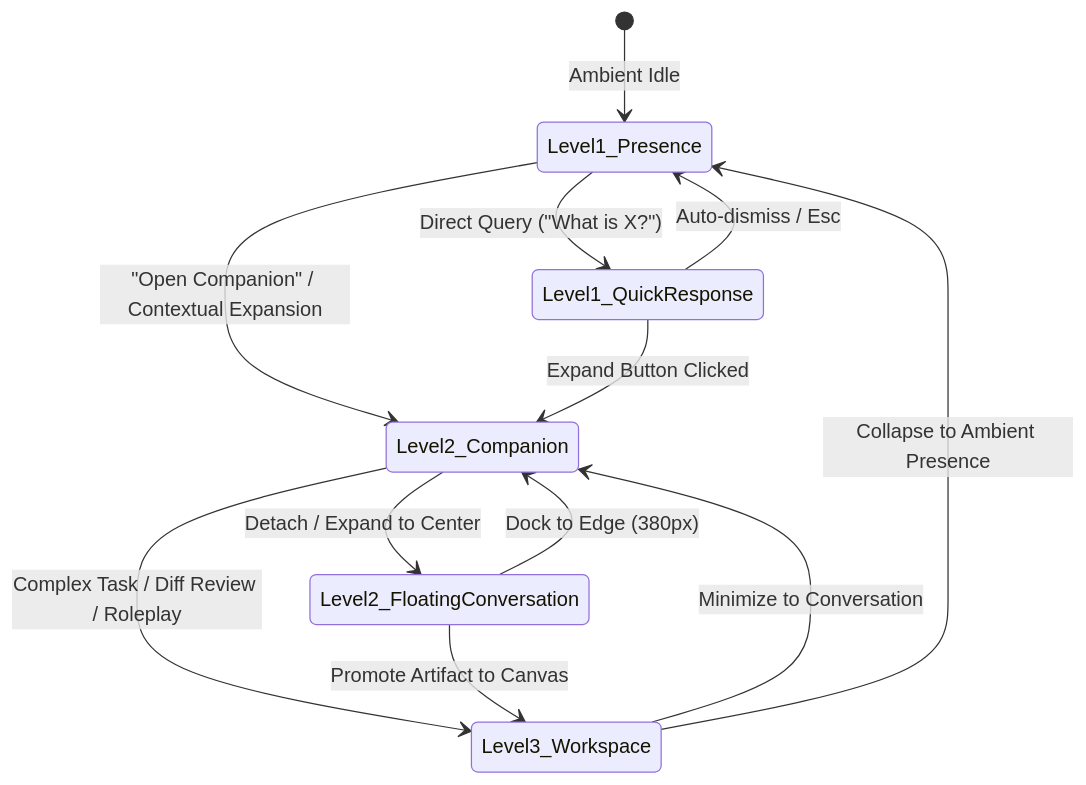
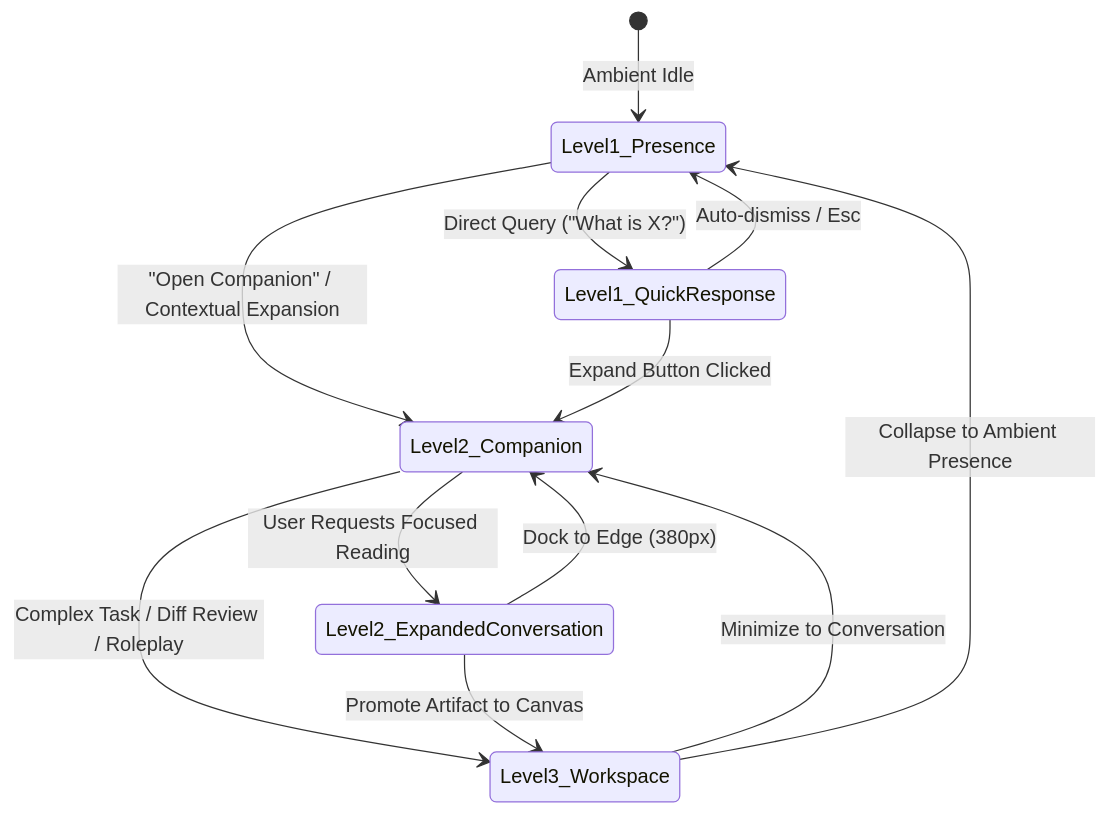
One commit to Jeff7563/MAVE changed the diagram in docs/architecture/MAVE_UI_V2_VSM6_FINAL_VISUAL_CLOSEOUT.md. Above: the diagram before and after it, drawn with Mermaid. The commit also changed other lines of this file and 2 other files, not shown here.

````diff
--- a/docs/architecture/MAVE_UI_V2_VSM6_FINAL_VISUAL_CLOSEOUT.md
+++ b/docs/architecture/MAVE_UI_V2_VSM6_FINAL_VISUAL_CLOSEOUT.md
@@ -31,19 +31,19 @@
 ```mermaid
 stateDiagram-v2
     [*] --> Level1_Presence : Ambient Idle
     
     Level1_Presence --> Level1_QuickResponse : Direct Query ("What is X?")
     Level1_QuickResponse --> Level1_Presence : Auto-dismiss / Esc
     
     Level1_Presence --> Level2_Companion : "Open Companion" / Contextual Expansion
     Level1_QuickResponse --> Level2_Companion : Expand Button Clicked
     
-    Level2_Companion --> Level2_FloatingConversation : Detach / Expand to Center
-    Level2_FloatingConversation --> Level2_Companion : Dock to Edge (380px)
+    Level2_Companion --> Level2_ExpandedConversation : User Requests Focused Reading
+    Level2_ExpandedConversation --> Level2_Companion : Dock to Edge (380px)
     
     Level2_Companion --> Level3_Workspace : Complex Task / Diff Review / Roleplay
-    Level2_FloatingConversation --> Level3_Workspace : Promote Artifact to Canvas
+    Level2_ExpandedConversation --> Level3_Workspace : Promote Artifact to Canvas
     
     Level3_Workspace --> Level2_Companion : Minimize to Conversation
     Level3_Workspace --> Level1_Presence : Collapse to Ambient Presence
 ```
````
